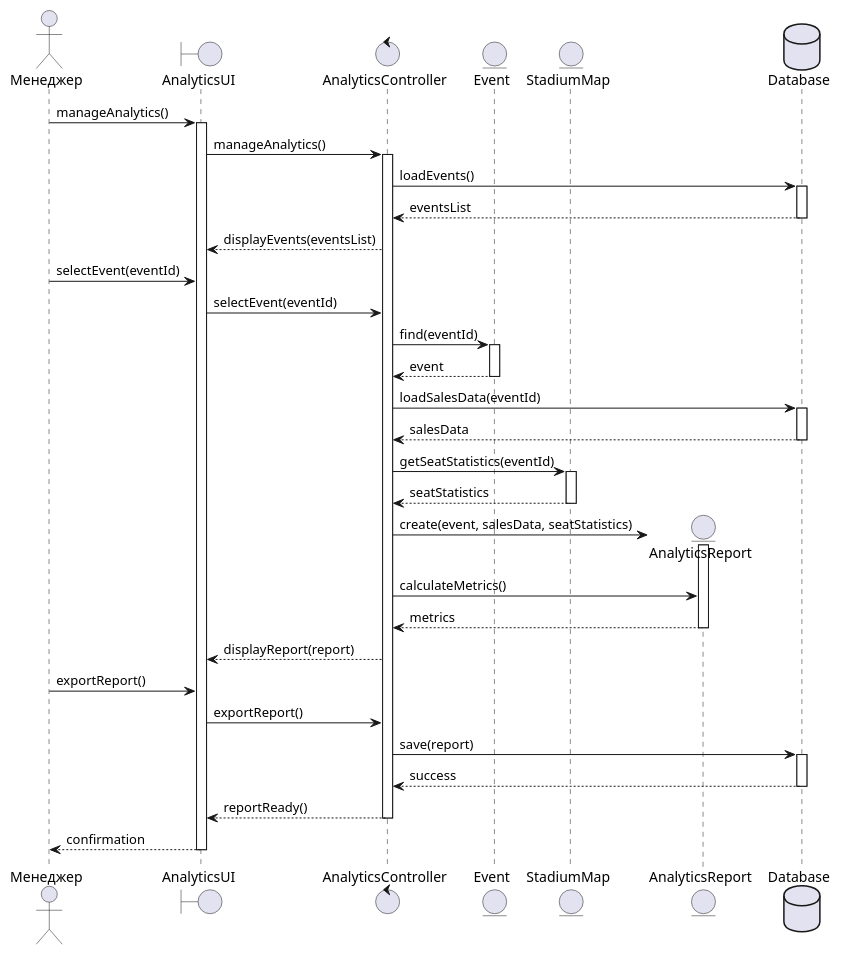
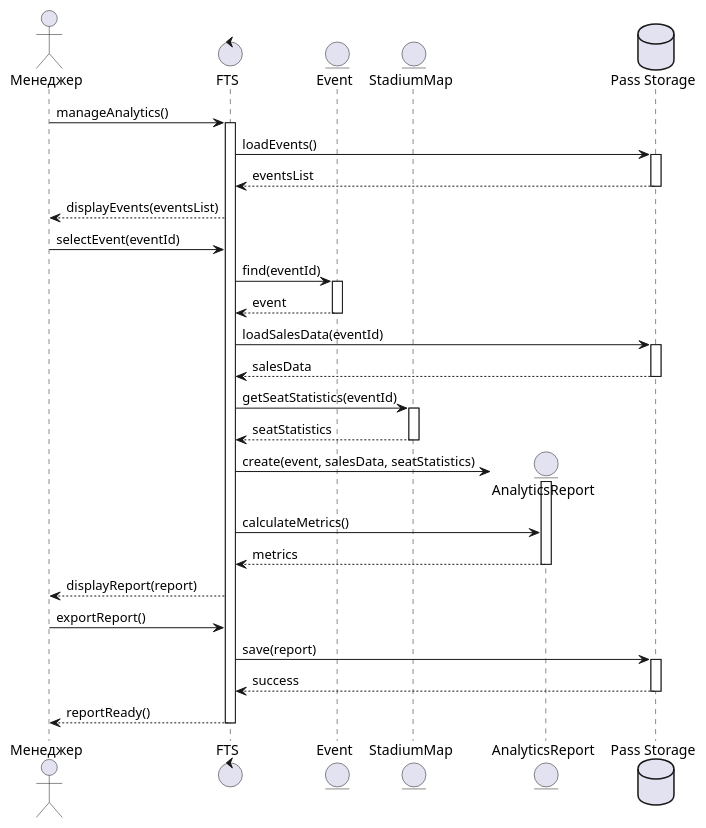
Before and after one commit to penamarth/bsbo-11-24_team5_var10_football: the diagram in Преценденты/Вывод аналитики по мероприятию/Диаграмма последовательности.md, drawn with PlantUML. The commit also changed 7 other files, not shown here.

Commit message:
Переименовал систему в FTS и БД в Pass Storage в прецеденте аналитики, убрал уровень UI

````diff
--- a/Преценденты/Вывод аналитики по мероприятию/Диаграмма последовательности.md
+++ b/Преценденты/Вывод аналитики по мероприятию/Диаграмма последовательности.md
@@ -3,64 +3,57 @@
 ```plantuml
 
 @startuml
 actor "Менеджер" as Manager
 
-boundary "AnalyticsUI" as UI
-control "AnalyticsController" as Controller
+control "FTS" as FTS
 entity "Event" as Event
 entity "StadiumMap" as Map
 entity "AnalyticsReport" as Report
-database "Database" as DB
+database "Pass Storage" as PassStorage
 
-Manager -> UI : manageAnalytics()
-activate UI
-UI -> Controller : manageAnalytics()
-activate Controller
+Manager -> FTS : manageAnalytics()
+activate FTS
 
-Controller -> DB : loadEvents()
-activate DB
-DB --> Controller : eventsList
-deactivate DB
-Controller --> UI : displayEvents(eventsList)
+FTS -> PassStorage : loadEvents()
+activate PassStorage
+PassStorage --> FTS : eventsList
+deactivate PassStorage
+FTS --> Manager : displayEvents(eventsList)
 
-Manager -> UI : selectEvent(eventId)
-UI -> Controller : selectEvent(eventId)
+Manager -> FTS : selectEvent(eventId)
 
-Controller -> Event : find(eventId)
+FTS -> Event : find(eventId)
 activate Event
-Event --> Controller : event
+Event --> FTS : event
 deactivate Event
 
-Controller -> DB : loadSalesData(eventId)
-activate DB
-DB --> Controller : salesData
-deactivate DB
+FTS -> PassStorage : loadSalesData(eventId)
+activate PassStorage
+PassStorage --> FTS : salesData
+deactivate PassStorage
 
-Controller -> Map : getSeatStatistics(eventId)
+FTS -> Map : getSeatStatistics(eventId)
 activate Map
-Map --> Controller : seatStatistics
+Map --> FTS : seatStatistics
 deactivate Map
 
 create Report
-Controller -> Report : create(event, salesData, seatStatistics)
+FTS -> Report : create(event, salesData, seatStatistics)
 activate Report
-Controller -> Report : calculateMetrics()
-Report --> Controller : metrics
+FTS -> Report : calculateMetrics()
+Report --> FTS : metrics
 deactivate Report
 
-Controller --> UI : displayReport(report)
+FTS --> Manager : displayReport(report)
 
-Manager -> UI : exportReport()
-UI -> Controller : exportReport()
-Controller -> DB : save(report)
-activate DB
-DB --> Controller : success
-deactivate DB
+Manager -> FTS : exportReport()
+FTS -> PassStorage : save(report)
+activate PassStorage
+PassStorage --> FTS : success
+deactivate PassStorage
 
-Controller --> UI : reportReady()
-deactivate Controller
-UI --> Manager : confirmation
-deactivate UI
+FTS --> Manager : reportReady()
+deactivate FTS
 
 @enduml
 ```
````
